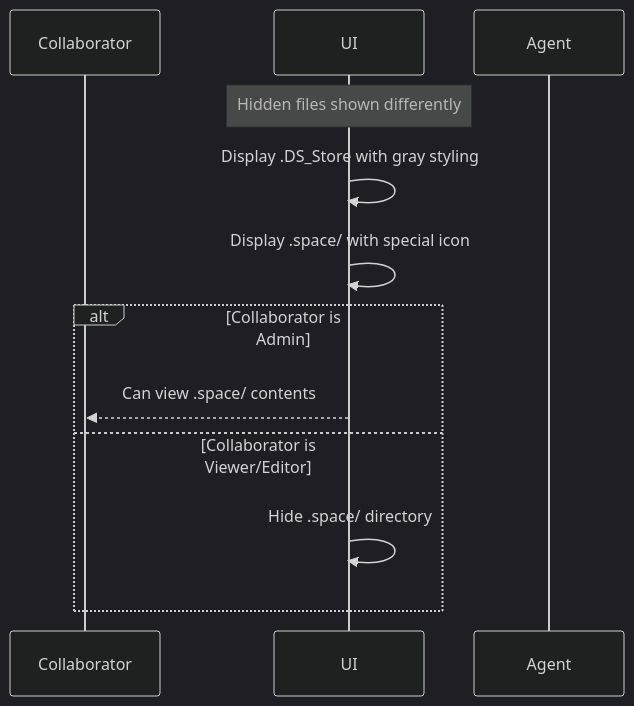
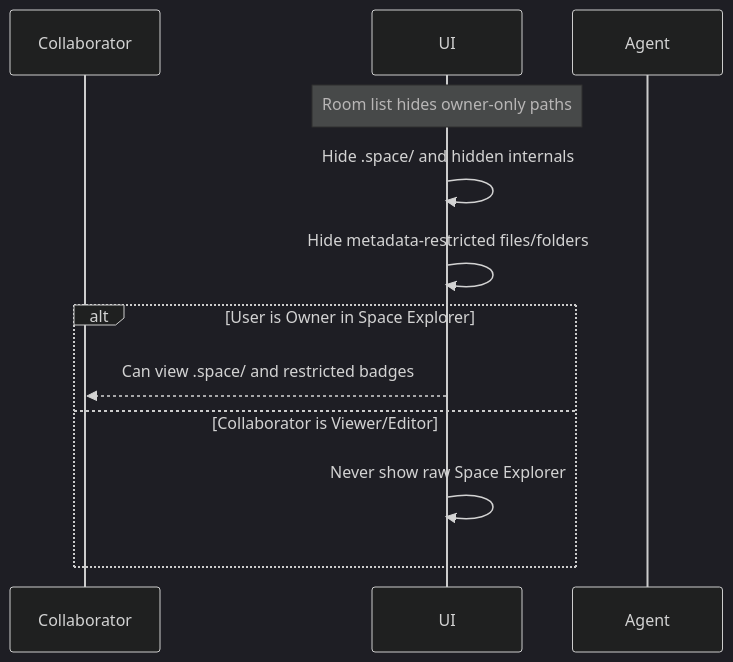
The seventh of 7 diagrams in docs/flows/04-browse-files.md (jchadwick/ai-spaces), drawn with Mermaid (dark theme) before and after one commit. The commit also changed other lines of this file and 33 other files, not shown here.

````diff
--- a/docs/flows/04-browse-files.md
+++ b/docs/flows/04-browse-files.md
@@ -147,16 +150,16 @@
 ```mermaid
 sequenceDiagram
     participant Collaborator
     participant UI
     participant Agent
     
-    Note over UI: Hidden files shown differently
-    UI->>UI: Display .DS_Store with gray styling
-    UI->>UI: Display .space/ with special icon
+    Note over UI: Room list hides owner-only paths
+    UI->>UI: Hide .space/ and hidden internals
+    UI->>UI: Hide metadata-restricted files/folders
     
-    alt Collaborator is Admin
-        UI-->>Collaborator: Can view .space/ contents
+    alt User is Owner in Space Explorer
+        UI-->>Collaborator: Can view .space/ and restricted badges
     else Collaborator is Viewer/Editor
-        UI->>UI: Hide .space/ directory
+        UI->>UI: Never show raw Space Explorer
     end
 ```
````
